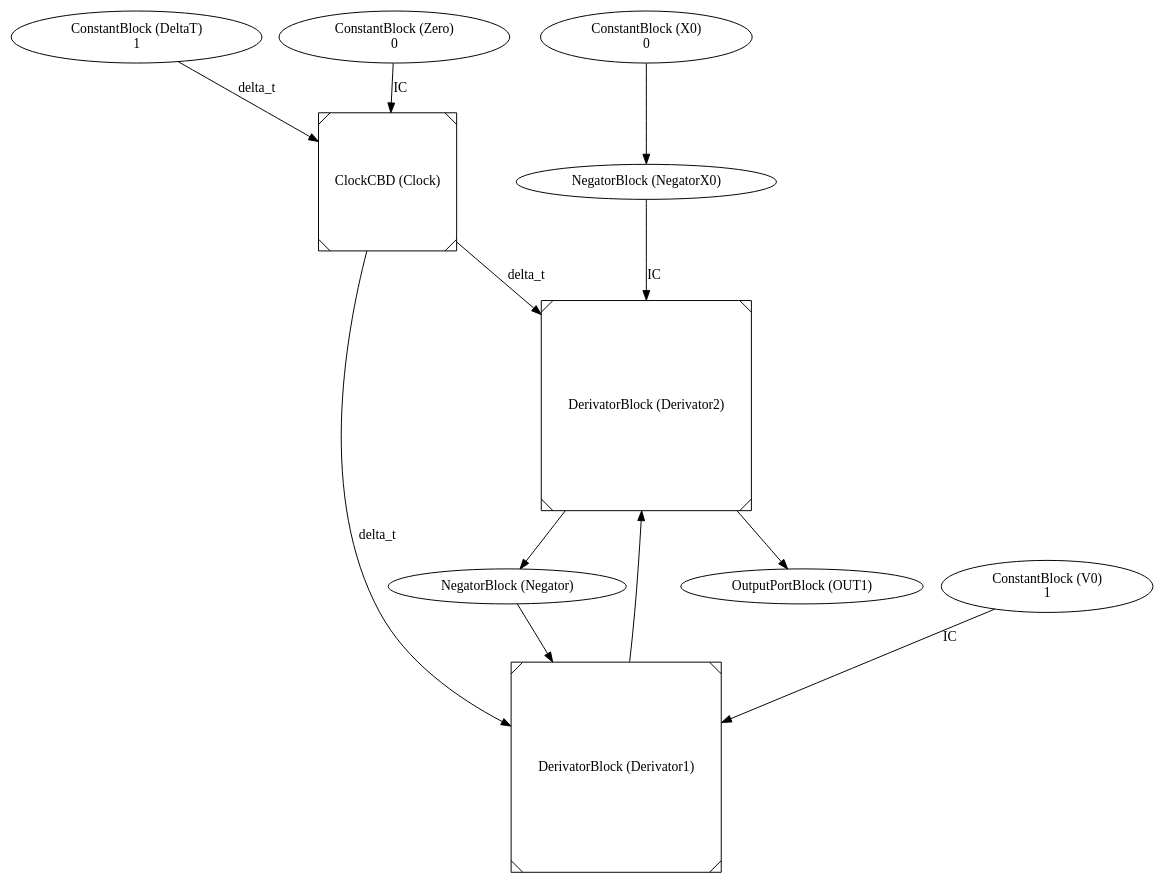
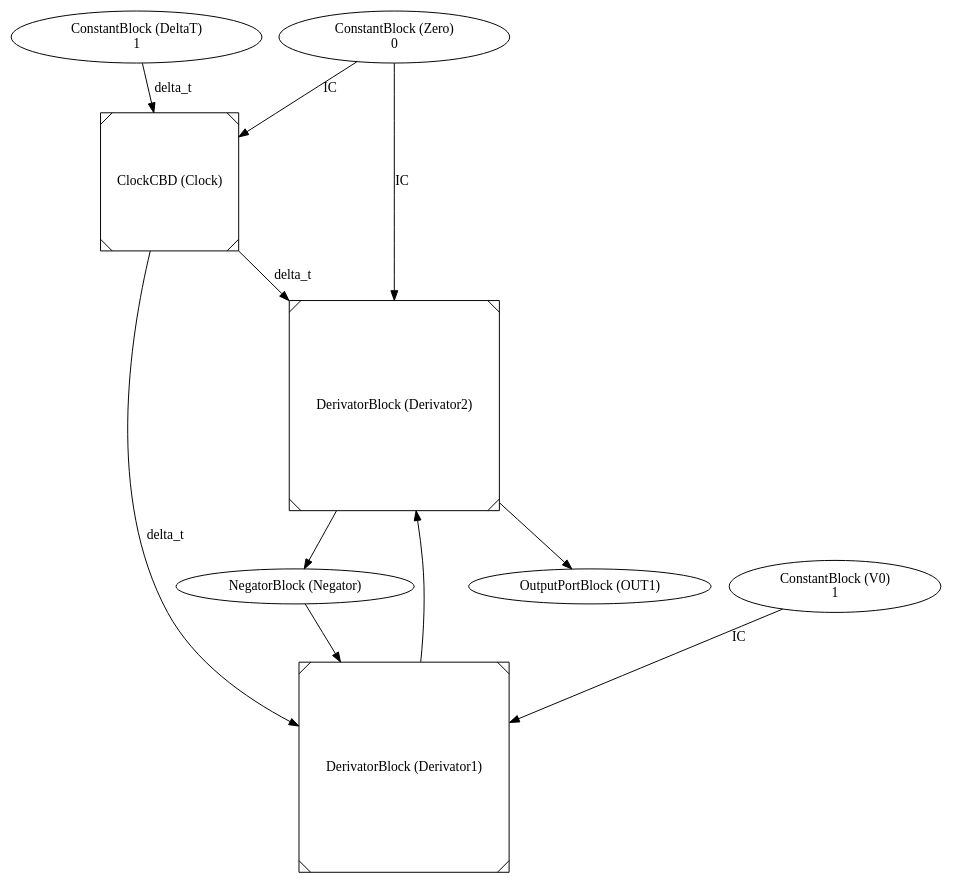
The diagram in 3CBD Continuous/CBD/CBD_B.dot (desmetr/MoSIS), drawn with Graphviz before and after one commit. The commit also changed 8 other files, not shown here.

```diff
--- a/3CBD Continuous/CBD/CBD_B.dot
+++ b/3CBD Continuous/CBD/CBD_B.dot
@@ -1,24 +1,21 @@
 digraph graphname
 {OUT1 [label="OutputPortBlock (OUT1)"];
 Derivator2 -> OUT1 [label=""];
 Clock [label="ClockCBD (Clock)",shape=Msquare];
 DeltaT -> Clock [label="delta_t"];
 Zero -> Clock [label="IC"];
 Zero [label="ConstantBlock (Zero)\n0"];
 DeltaT [label="ConstantBlock (DeltaT)\n1"];
 Negator [label="NegatorBlock (Negator)"];
 Derivator2 -> Negator [label=""];
 Derivator1 [label="DerivatorBlock (Derivator1)",shape=Msquare];
 Clock -> Derivator1 [label="delta_t"];
 V0 -> Derivator1 [label="IC"];
 Negator -> Derivator1 [label=""];
 Derivator2 [label="DerivatorBlock (Derivator2)",shape=Msquare];
 Clock -> Derivator2 [label="delta_t"];
-NegatorX0 -> Derivator2 [label="IC"];
+Zero -> Derivator2 [label="IC"];
 Derivator1 -> Derivator2 [label=""];
-X0 [label="ConstantBlock (X0)\n0"];
 V0 [label="ConstantBlock (V0)\n1"];
-NegatorX0 [label="NegatorBlock (NegatorX0)"];
-X0 -> NegatorX0 [label=""];
 
 }
```
